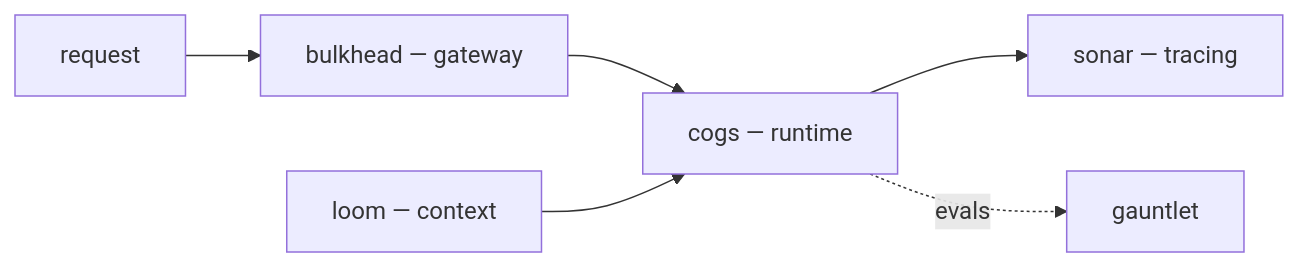
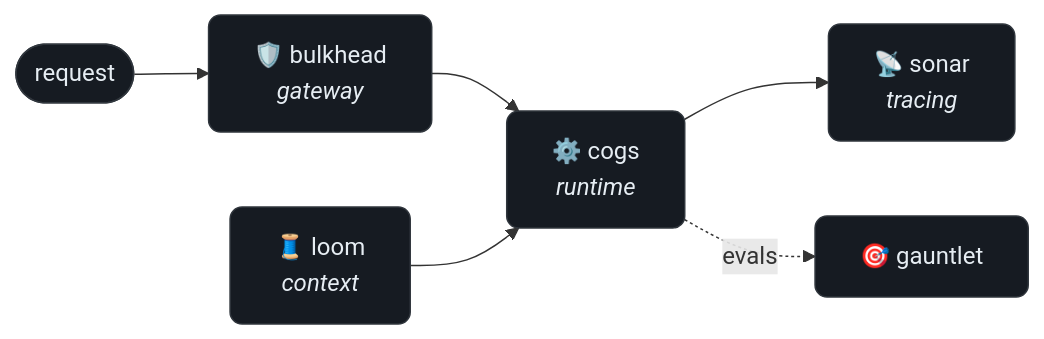
Before and after one commit to mbsdeepak/mbsdeepak: the diagram in README.md, drawn with Mermaid. The commit also changed other lines of this file and 1 other file, not shown here.

````diff
--- a/README.md
+++ b/README.md
@@ -11,8 +22,10 @@
 ```mermaid
 flowchart LR
-  T["request"] --> BH["bulkhead — gateway"]
-  BH --> CG["cogs — runtime"]
-  LM["loom — context"] --> CG
-  CG --> SN["sonar — tracing"]
-  CG -. evals .-> GT["gauntlet"]
+  T(["request"]) --> BH["🛡️ bulkhead<br/><i>gateway</i>"]
+  BH --> CG["⚙️ cogs<br/><i>runtime</i>"]
+  LM["🧵 loom<br/><i>context</i>"] --> CG
+  CG --> SN["📡 sonar<br/><i>tracing</i>"]
+  CG -. evals .-> GT["🎯 gauntlet"]
+  classDef n fill:#161b22,stroke:#30363d,color:#e6edf3,rx:8,ry:8;
+  class T,BH,CG,LM,SN,GT n;
 ```
````
